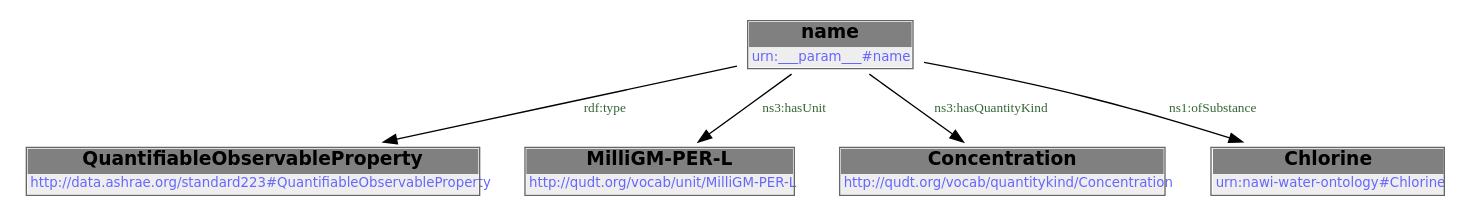
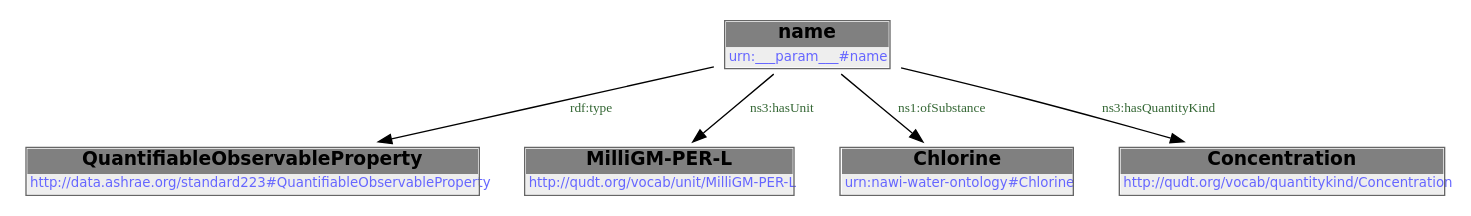
Before and after one commit to DataDrivenCPS/water-ontology: the first of 2 diagrams in docs/libraries/templates/cl2-mgL.rst, drawn with Graphviz. The commit also changed other lines of this file and 33 other files, not shown here.

```diff
--- a/docs/libraries/templates/cl2-mgL.rst
+++ b/docs/libraries/templates/cl2-mgL.rst
@@ -63,14 +63,14 @@
         .. graphviz::
 
                 digraph G {
             node [fontname="DejaVu Sans"];
             node0 -> node1 [color=BLACK, label=< <font point-size='10' color='#336633'>rdf:type</font> >];
             node0 -> node2 [color=BLACK, label=< <font point-size='10' color='#336633'>ns3:hasUnit</font> >];
-            node0 -> node3 [color=BLACK, label=< <font point-size='10' color='#336633'>ns3:hasQuantityKind</font> >];
-            node0 -> node4 [color=BLACK, label=< <font point-size='10' color='#336633'>ns1:ofSubstance</font> >];
+            node0 -> node3 [color=BLACK, label=< <font point-size='10' color='#336633'>ns1:ofSubstance</font> >];
+            node0 -> node4 [color=BLACK, label=< <font point-size='10' color='#336633'>ns3:hasQuantityKind</font> >];
             node0 [shape=none, color=black, label=< <table color='#666666' cellborder='0' cellspacing='0' border='1'><tr><td colspan='2' bgcolor='grey'><B>name</B></td></tr><tr><td href='urn:___param___#name' bgcolor='#eeeeee' colspan='2'><font point-size='10' color='#6666ff'>urn:___param___#name</font></td></tr></table> >];
             node1 [shape=none, color=black, label=< <table color='#666666' cellborder='0' cellspacing='0' border='1'><tr><td colspan='2' bgcolor='grey'><B>QuantifiableObservableProperty</B></td></tr><tr><td href='http://data.ashrae.org/standard223#QuantifiableObservableProperty' bgcolor='#eeeeee' colspan='2'><font point-size='10' color='#6666ff'>http://data.ashrae.org/standard223#QuantifiableObservableProperty</font></td></tr></table> >];
             node2 [shape=none, color=black, label=< <table color='#666666' cellborder='0' cellspacing='0' border='1'><tr><td colspan='2' bgcolor='grey'><B>MilliGM-PER-L</B></td></tr><tr><td href='http://qudt.org/vocab/unit/MilliGM-PER-L' bgcolor='#eeeeee' colspan='2'><font point-size='10' color='#6666ff'>http://qudt.org/vocab/unit/MilliGM-PER-L</font></td></tr></table> >];
-            node3 [shape=none, color=black, label=< <table color='#666666' cellborder='0' cellspacing='0' border='1'><tr><td colspan='2' bgcolor='grey'><B>Concentration</B></td></tr><tr><td href='http://qudt.org/vocab/quantitykind/Concentration' bgcolor='#eeeeee' colspan='2'><font point-size='10' color='#6666ff'>http://qudt.org/vocab/quantitykind/Concentration</font></td></tr></table> >];
-            node4 [shape=none, color=black, label=< <table color='#666666' cellborder='0' cellspacing='0' border='1'><tr><td colspan='2' bgcolor='grey'><B>Chlorine</B></td></tr><tr><td href='urn:nawi-water-ontology#Chlorine' bgcolor='#eeeeee' colspan='2'><font point-size='10' color='#6666ff'>urn:nawi-water-ontology#Chlorine</font></td></tr></table> >];
+            node3 [shape=none, color=black, label=< <table color='#666666' cellborder='0' cellspacing='0' border='1'><tr><td colspan='2' bgcolor='grey'><B>Chlorine</B></td></tr><tr><td href='urn:nawi-water-ontology#Chlorine' bgcolor='#eeeeee' colspan='2'><font point-size='10' color='#6666ff'>urn:nawi-water-ontology#Chlorine</font></td></tr></table> >];
+            node4 [shape=none, color=black, label=< <table color='#666666' cellborder='0' cellspacing='0' border='1'><tr><td colspan='2' bgcolor='grey'><B>Concentration</B></td></tr><tr><td href='http://qudt.org/vocab/quantitykind/Concentration' bgcolor='#eeeeee' colspan='2'><font point-size='10' color='#6666ff'>http://qudt.org/vocab/quantitykind/Concentration</font></td></tr></table> >];
             }
```
